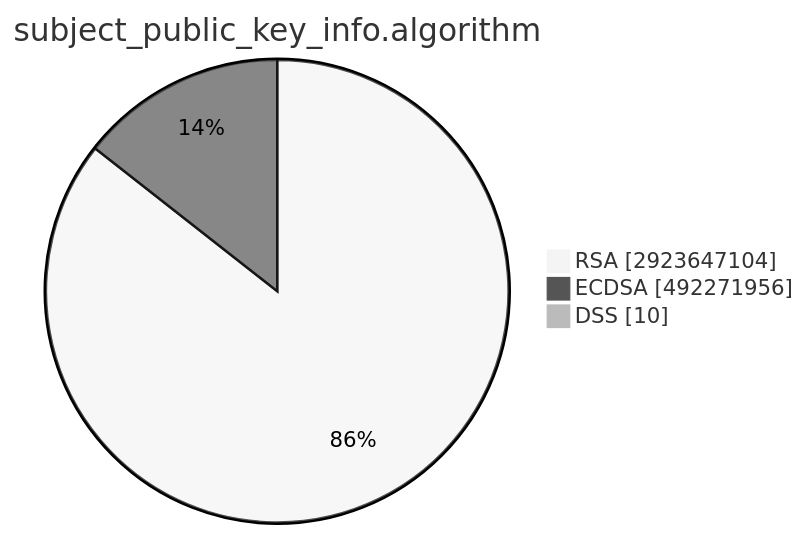
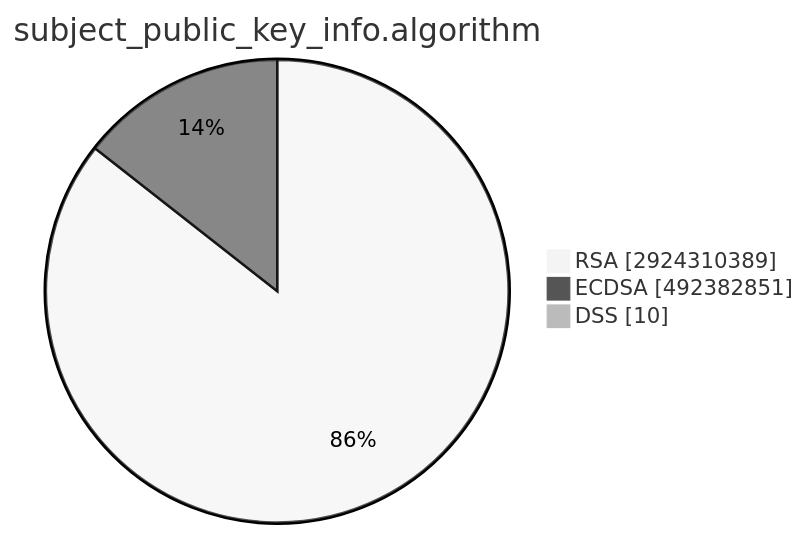
Before and after one commit to christiankrug/ctmonitor_visualization: the second of 15 diagrams in TOTAL/README.md, drawn with Mermaid (neutral theme). The commit also changed other lines of this file, not shown here.

````diff
--- a/TOTAL/README.md
+++ b/TOTAL/README.md
@@ -6,7 +6,7 @@
 ```mermaid
 pie showData
 title subject_public_key_info.algorithm
-"RSA" :2923647104
-"ECDSA" :492271956
+"RSA" :2924310389
+"ECDSA" :492382851
 "DSS" :10
 ```
````
